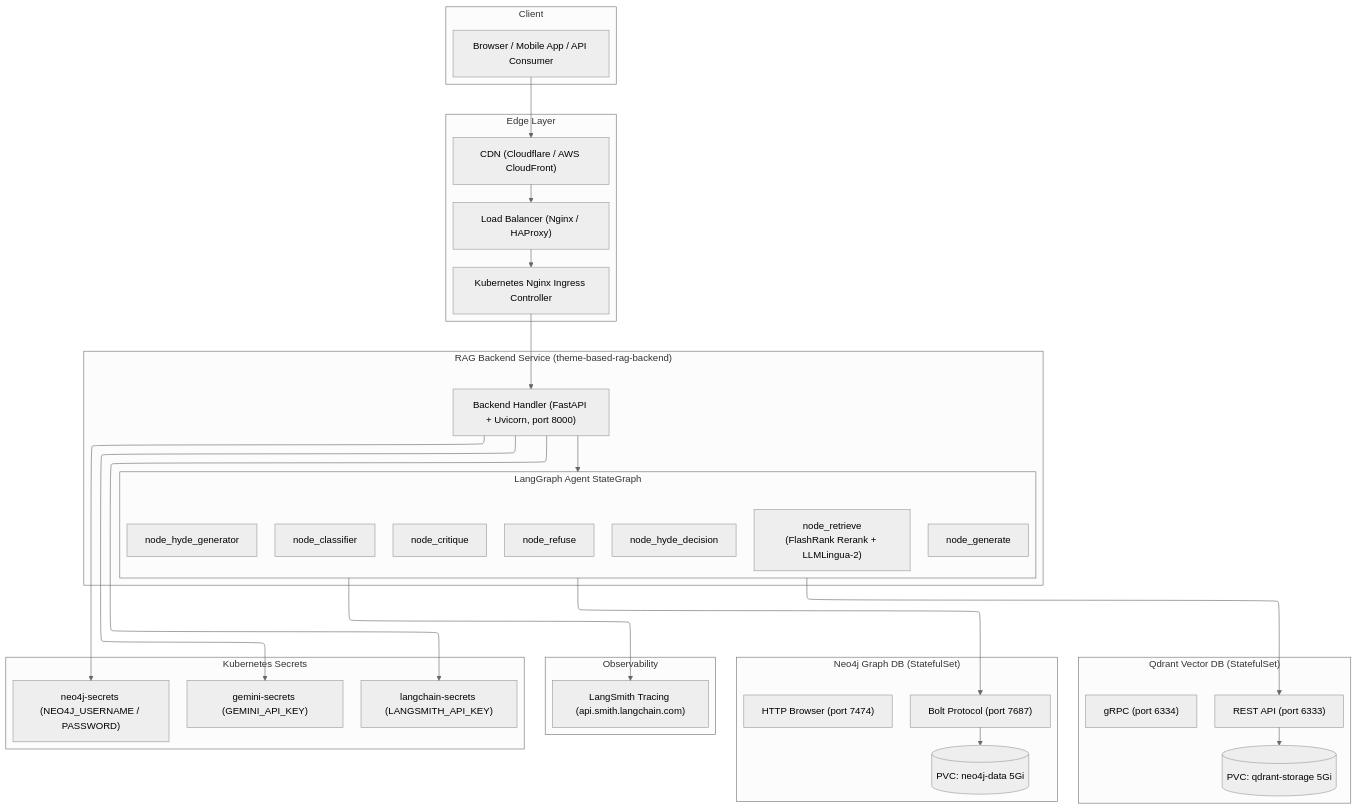
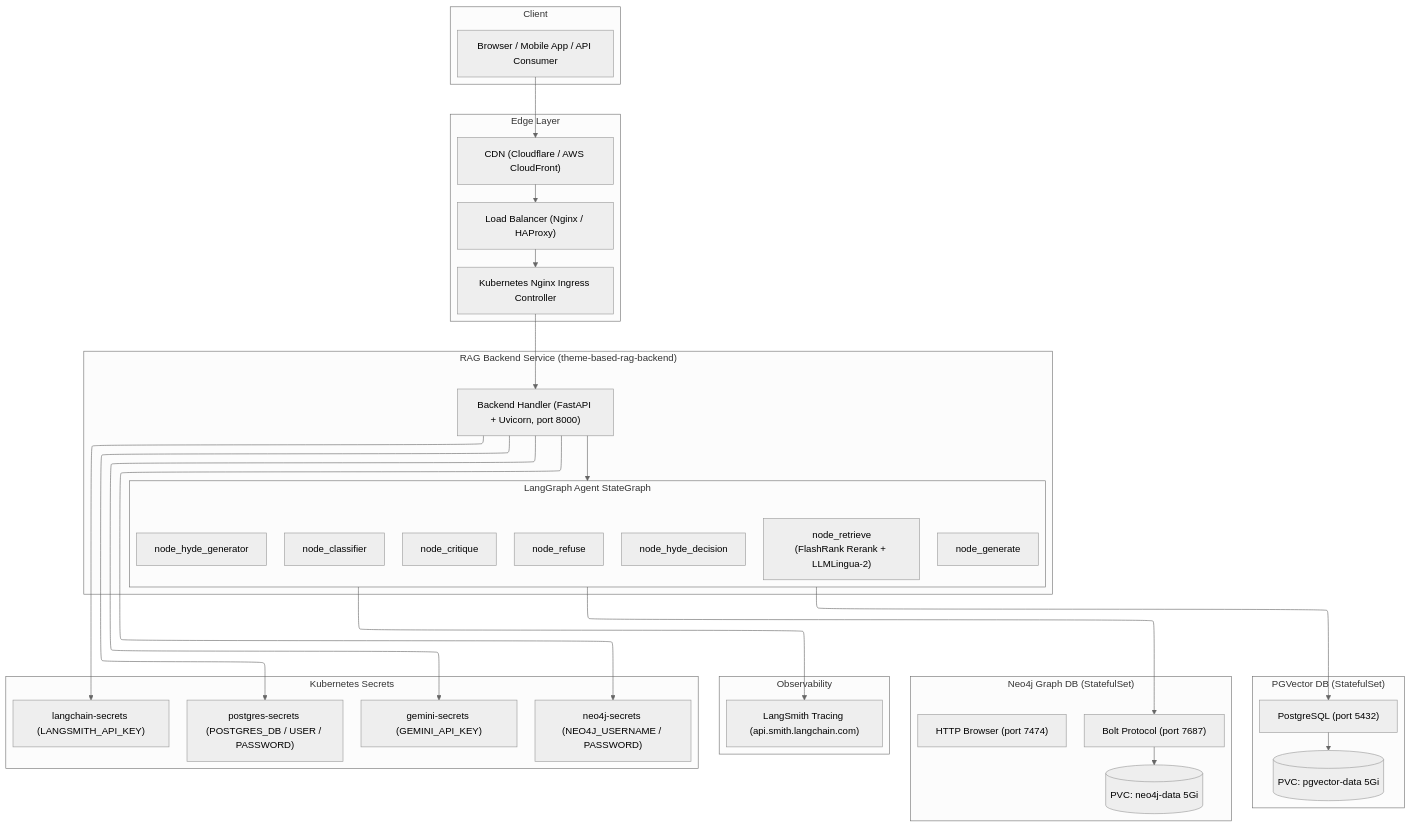
One commit to boycececil666gmailcom/documentation-chatbot changed the third of 4 diagrams in README.md. Above: the diagram before and after it, drawn with Mermaid. The commit also changed other lines of this file and 20 other files, not shown here.

````diff
--- a/README.md
+++ b/README.md
@@ -104,70 +104,71 @@
 ```mermaid
 ---
 config:
   layout: elk
   theme: neutral
 ---
 flowchart TB
 
     subgraph Client["Client"]
         User["Browser / Mobile App / API Consumer"]
     end
 
     subgraph Edge["Edge Layer"]
         CDN["CDN (Cloudflare / AWS CloudFront)"]
         LB["Load Balancer (Nginx / HAProxy)"]
         Ingress["Kubernetes Nginx Ingress Controller"]
     end
 
     subgraph BackendSvc["RAG Backend Service (theme-based-rag-backend)"]
         BE["Backend Handler (FastAPI + Uvicorn, port 8000)"]
         subgraph AgentGraph["LangGraph Agent StateGraph"]
             Classifier["node_classifier"]
             HyDEDecision["node_hyde_decision"]
             HyDEGen["node_hyde_generator"]
             Retrieve["node_retrieve<br/>(FlashRank Rerank + LLMLingua-2)"]
             Generate["node_generate"]
             Critique["node_critique"]
             Refuse["node_refuse"]
         end
     end
 
-    subgraph VectorStore["Qdrant Vector DB (StatefulSet)"]
-        QdrantAPI["REST API (port 6333)"]
-        QdrantGRPC["gRPC (port 6334)"]
-        QdrantPVC[("PVC: qdrant-storage 5Gi")]
+    subgraph VectorStore["PGVector DB (StatefulSet)"]
+        PGVectorPort["PostgreSQL (port 5432)"]
+        PGVectorPVC[("PVC: pgvector-data 5Gi")]
     end
 
     subgraph GraphStore["Neo4j Graph DB (StatefulSet)"]
         Neo4jBolt["Bolt Protocol (port 7687)"]
         Neo4jHTTP["HTTP Browser (port 7474)"]
         Neo4jPVC[("PVC: neo4j-data 5Gi")]
     end
 
     subgraph Observability["Observability"]
         LangSmith["LangSmith Tracing (api.smith.langchain.com)"]
     end
 
     subgraph SecretsLayer["Kubernetes Secrets"]
+        PostgresSec["postgres-secrets (POSTGRES_DB / USER / PASSWORD)"]
         GeminiSec["gemini-secrets (GEMINI_API_KEY)"]
         LangchainSec["langchain-secrets (LANGSMITH_API_KEY)"]
         Neo4jSec["neo4j-secrets (NEO4J_USERNAME / PASSWORD)"]
     end
 
     User --> CDN
     CDN --> LB
     LB --> Ingress
     Ingress --> BE
 
     BE --> AgentGraph
-    AgentGraph --> QdrantAPI
+    AgentGraph --> PGVectorPort
     AgentGraph --> Neo4jBolt
     AgentGraph --> LangSmith
 
-    QdrantAPI --> QdrantPVC
+    PGVectorPort --> PGVectorPVC
     Neo4jBolt --> Neo4jPVC
 
+    BE --> PostgresSec
     BE --> GeminiSec
     BE --> LangchainSec
     BE --> Neo4jSec
 ```
````
